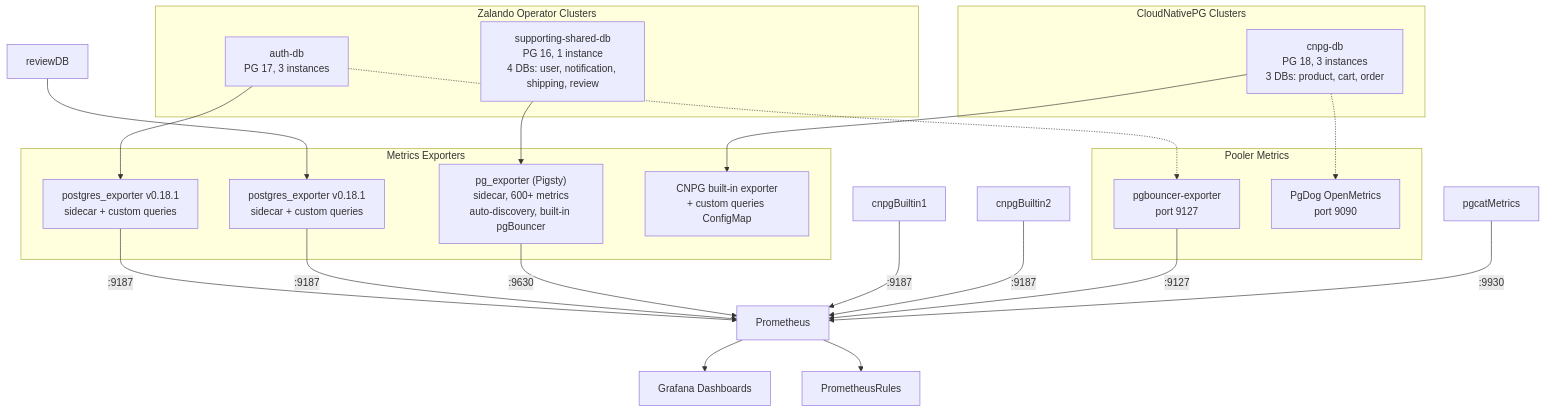
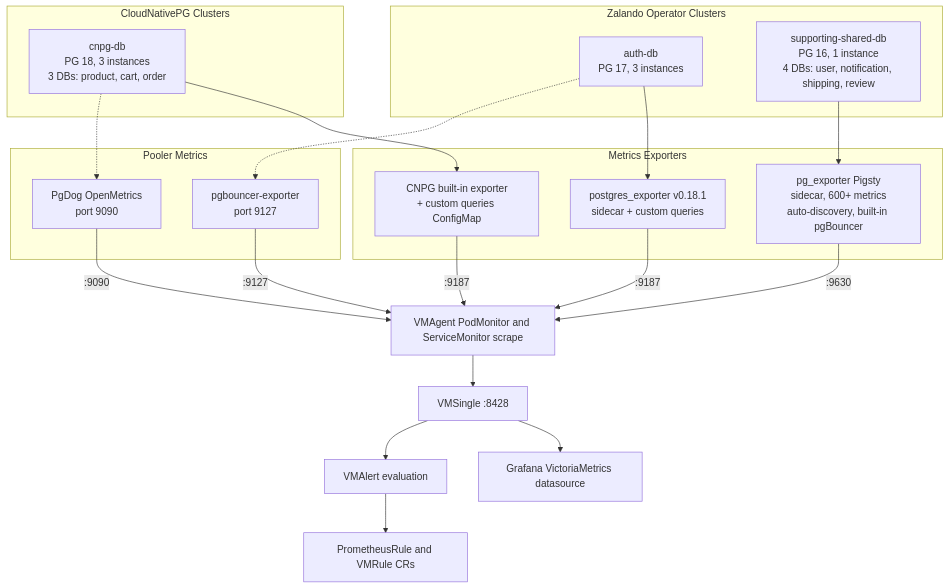
Before and after one commit to duynhlab/homelab: the diagram in docs/observability/metrics/postgresql/monitoring.md, drawn with Mermaid. The commit also changed other lines of this file and 131 other files, not shown here.

Commit message:
chore: add postgres skill, pg alerting rules, dashboards, and infra updates

````diff
--- a/docs/observability/metrics/postgresql/monitoring.md
+++ b/docs/observability/metrics/postgresql/monitoring.md
@@ -5,42 +5,40 @@
 ```mermaid
 flowchart TD
     subgraph zalando [Zalando Operator Clusters]
         authDB["auth-db<br/>PG 17, 3 instances"]
         supportDB["supporting-shared-db<br/>PG 16, 1 instance<br/>4 DBs: user, notification, shipping, review"]
     end
 
     subgraph cnpg [CloudNativePG Clusters]
         cnpgDB["cnpg-db<br/>PG 18, 3 instances<br/>3 DBs: product, cart, order"]
     end
 
     subgraph exporters [Metrics Exporters]
         pgExp1["postgres_exporter v0.18.1<br/>sidecar + custom queries"]
-        pgExp2["postgres_exporter v0.18.1<br/>sidecar + custom queries"]
-        pigsty["pg_exporter (Pigsty)<br/>sidecar, 600+ metrics<br/>auto-discovery, built-in pgBouncer"]
+        pigsty["pg_exporter Pigsty<br/>sidecar, 600+ metrics<br/>auto-discovery, built-in pgBouncer"]
         cnpgBuiltin["CNPG built-in exporter<br/>+ custom queries ConfigMap"]
     end
 
     authDB --> pgExp1
-    reviewDB --> pgExp2
     supportDB --> pigsty
     cnpgDB --> cnpgBuiltin
 
     subgraph poolerMetrics [Pooler Metrics]
         pgbExporter["pgbouncer-exporter<br/>port 9127"]
         pgdogMetrics["PgDog OpenMetrics<br/>port 9090"]
     end
 
     authDB -.-> pgbExporter
     cnpgDB -.-> pgdogMetrics
 
-    pgExp1 -->|":9187"| prom["Prometheus"]
-    pgExp2 -->|":9187"| prom
-    pigsty -->|":9630"| prom
-    cnpgBuiltin1 -->|":9187"| prom
-    cnpgBuiltin2 -->|":9187"| prom
-    pgbExporter -->|":9127"| prom
-    pgcatMetrics -->|":9930"| prom
+    pgExp1 -->|":9187"| vma
+    pigsty -->|":9630"| vma
+    cnpgBuiltin -->|":9187"| vma
+    pgbExporter -->|":9127"| vma
+    pgdogMetrics -->|":9090"| vma
 
-    prom --> grafana["Grafana Dashboards"]
-    prom --> alertRules["PrometheusRules"]
+    vma["VMAgent PodMonitor and ServiceMonitor scrape"] --> vms["VMSingle :8428"]
+    vms --> grafana["Grafana VictoriaMetrics datasource"]
+    vms --> vmalert["VMAlert evaluation"]
+    vmalert --> ruleCRs["PrometheusRule and VMRule CRs"]
 ```
````
